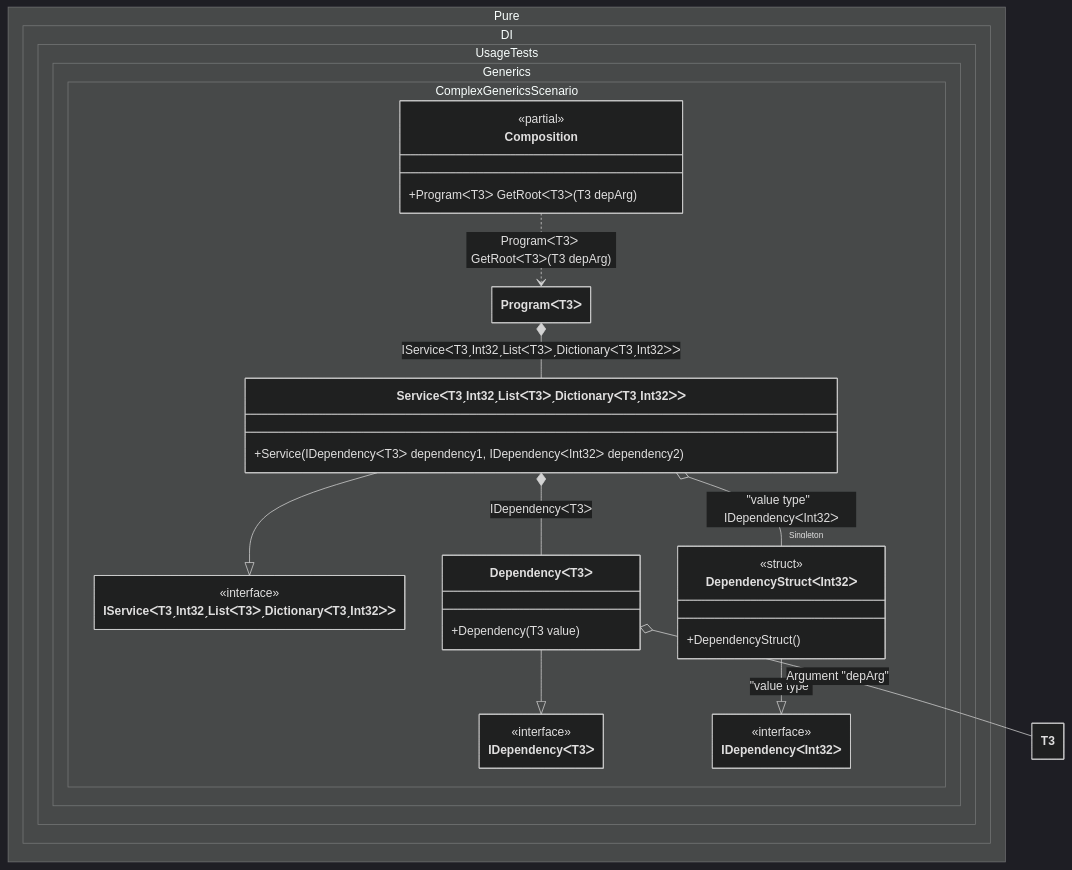
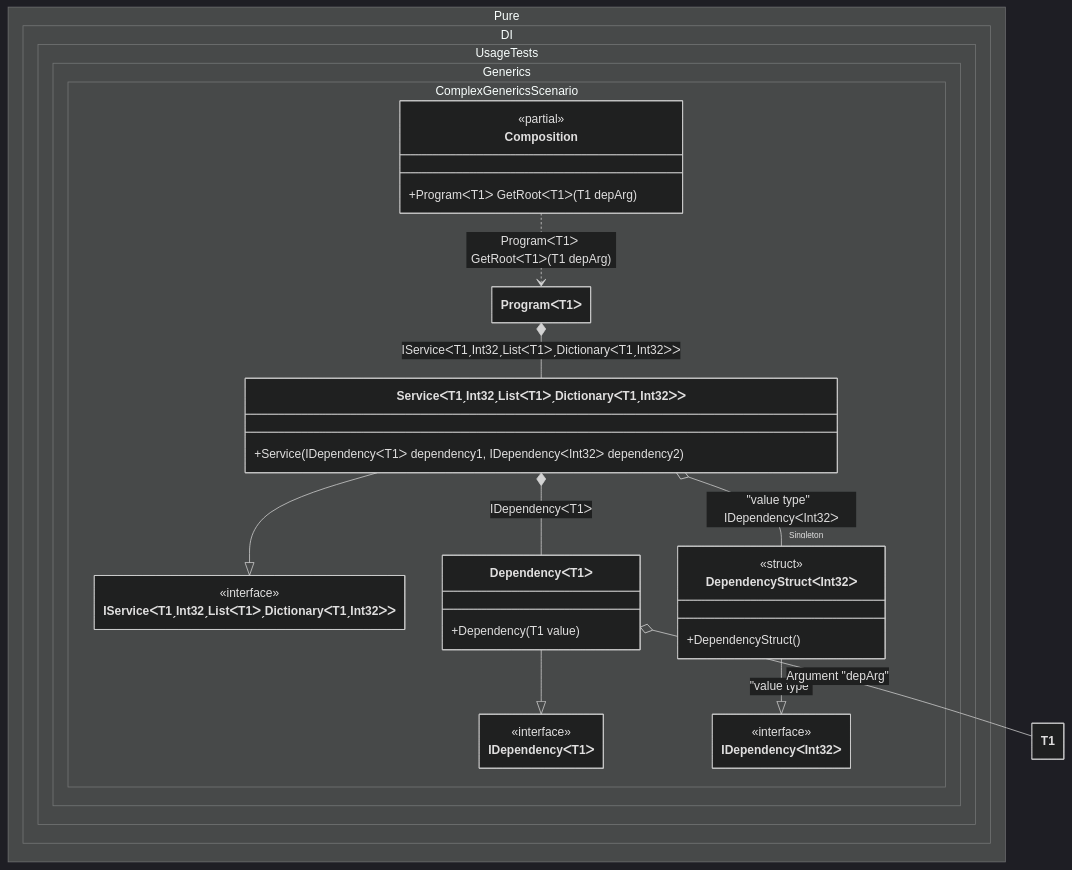
One commit to DevTeam/Pure.DI changed the diagram in readme/complex-generics.md. Above: the diagram before and after it, drawn with Mermaid (dark theme). The commit also changed other lines of this file and 177 other files, not shown here.

````diff
--- a/readme/complex-generics.md
+++ b/readme/complex-generics.md
@@ -146,43 +146,43 @@
 ```mermaid
 ---
  config:
   class:
    hideEmptyMembersBox: true
 ---
 classDiagram
-	ServiceᐸT3ˏInt32ˏListᐸT3ᐳˏDictionaryᐸT3ˏInt32ᐳᐳ --|> IServiceᐸT3ˏInt32ˏListᐸT3ᐳˏDictionaryᐸT3ˏInt32ᐳᐳ
-	DependencyᐸT3ᐳ --|> IDependencyᐸT3ᐳ
+	ServiceᐸT1ˏInt32ˏListᐸT1ᐳˏDictionaryᐸT1ˏInt32ᐳᐳ --|> IServiceᐸT1ˏInt32ˏListᐸT1ᐳˏDictionaryᐸT1ˏInt32ᐳᐳ
+	DependencyᐸT1ᐳ --|> IDependencyᐸT1ᐳ
 	DependencyStructᐸInt32ᐳ --|> IDependencyᐸInt32ᐳ : "value type" 
-	Composition ..> ProgramᐸT3ᐳ : ProgramᐸT3ᐳ GetRootᐸT3ᐳ(T3 depArg)
-	ProgramᐸT3ᐳ *--  ServiceᐸT3ˏInt32ˏListᐸT3ᐳˏDictionaryᐸT3ˏInt32ᐳᐳ : IServiceᐸT3ˏInt32ˏListᐸT3ᐳˏDictionaryᐸT3ˏInt32ᐳᐳ
-	ServiceᐸT3ˏInt32ˏListᐸT3ᐳˏDictionaryᐸT3ˏInt32ᐳᐳ *--  DependencyᐸT3ᐳ : IDependencyᐸT3ᐳ
-	ServiceᐸT3ˏInt32ˏListᐸT3ᐳˏDictionaryᐸT3ˏInt32ᐳᐳ o-- "Singleton" DependencyStructᐸInt32ᐳ : "value type"  IDependencyᐸInt32ᐳ
-	DependencyᐸT3ᐳ o-- T3 : Argument "depArg"
+	Composition ..> ProgramᐸT1ᐳ : ProgramᐸT1ᐳ GetRootᐸT1ᐳ(T1 depArg)
+	ProgramᐸT1ᐳ *--  ServiceᐸT1ˏInt32ˏListᐸT1ᐳˏDictionaryᐸT1ˏInt32ᐳᐳ : IServiceᐸT1ˏInt32ˏListᐸT1ᐳˏDictionaryᐸT1ˏInt32ᐳᐳ
+	ServiceᐸT1ˏInt32ˏListᐸT1ᐳˏDictionaryᐸT1ˏInt32ᐳᐳ *--  DependencyᐸT1ᐳ : IDependencyᐸT1ᐳ
+	ServiceᐸT1ˏInt32ˏListᐸT1ᐳˏDictionaryᐸT1ˏInt32ᐳᐳ o-- "Singleton" DependencyStructᐸInt32ᐳ : "value type"  IDependencyᐸInt32ᐳ
+	DependencyᐸT1ᐳ o-- T1 : Argument "depArg"
 	namespace Pure.DI.UsageTests.Generics.ComplexGenericsScenario {
 		class Composition {
 		<<partial>>
-		+ProgramᐸT3ᐳ GetRootᐸT3ᐳ(T3 depArg)
+		+ProgramᐸT1ᐳ GetRootᐸT1ᐳ(T1 depArg)
 		}
 		class DependencyStructᐸInt32ᐳ {
 				<<struct>>
 			+DependencyStruct()
 		}
-		class DependencyᐸT3ᐳ {
-			+Dependency(T3 value)
+		class DependencyᐸT1ᐳ {
+			+Dependency(T1 value)
 		}
 		class IDependencyᐸInt32ᐳ {
 			<<interface>>
 		}
-		class IDependencyᐸT3ᐳ {
+		class IDependencyᐸT1ᐳ {
 			<<interface>>
 		}
-		class IServiceᐸT3ˏInt32ˏListᐸT3ᐳˏDictionaryᐸT3ˏInt32ᐳᐳ {
+		class IServiceᐸT1ˏInt32ˏListᐸT1ᐳˏDictionaryᐸT1ˏInt32ᐳᐳ {
 			<<interface>>
 		}
-		class ProgramᐸT3ᐳ {
+		class ProgramᐸT1ᐳ {
 		}
-		class ServiceᐸT3ˏInt32ˏListᐸT3ᐳˏDictionaryᐸT3ˏInt32ᐳᐳ {
-			+Service(IDependencyᐸT3ᐳ dependency1, IDependencyᐸInt32ᐳ dependency2)
+		class ServiceᐸT1ˏInt32ˏListᐸT1ᐳˏDictionaryᐸT1ˏInt32ᐳᐳ {
+			+Service(IDependencyᐸT1ᐳ dependency1, IDependencyᐸInt32ᐳ dependency2)
 		}
 	}
 ```
````
